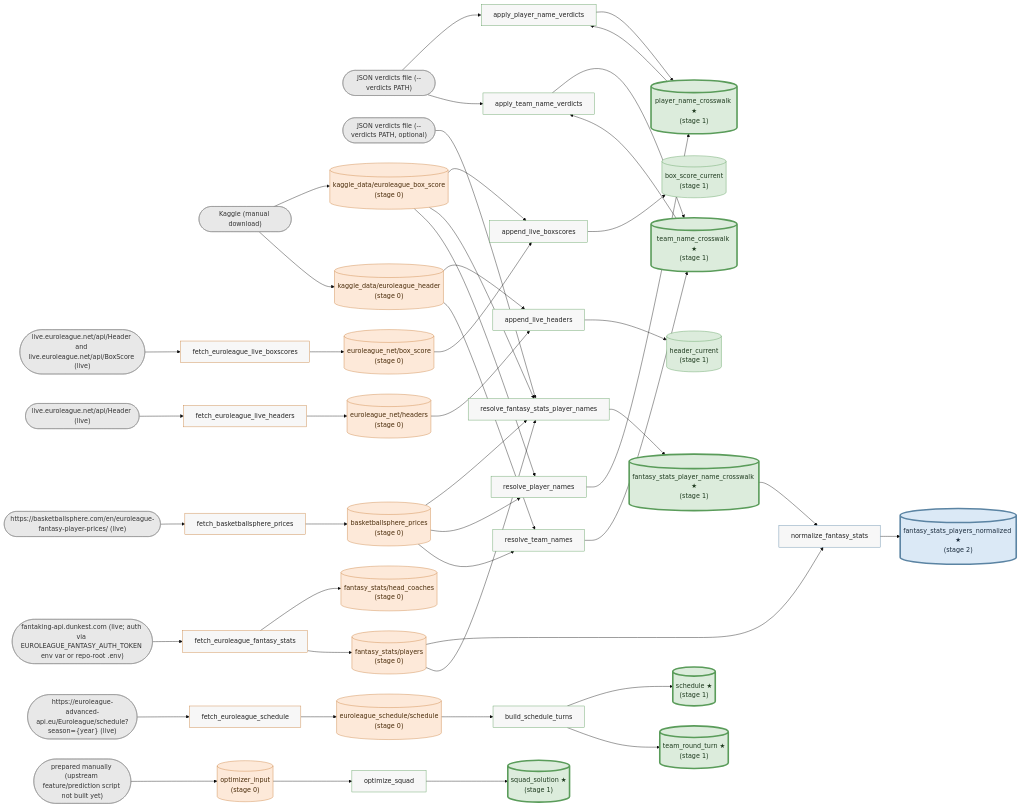
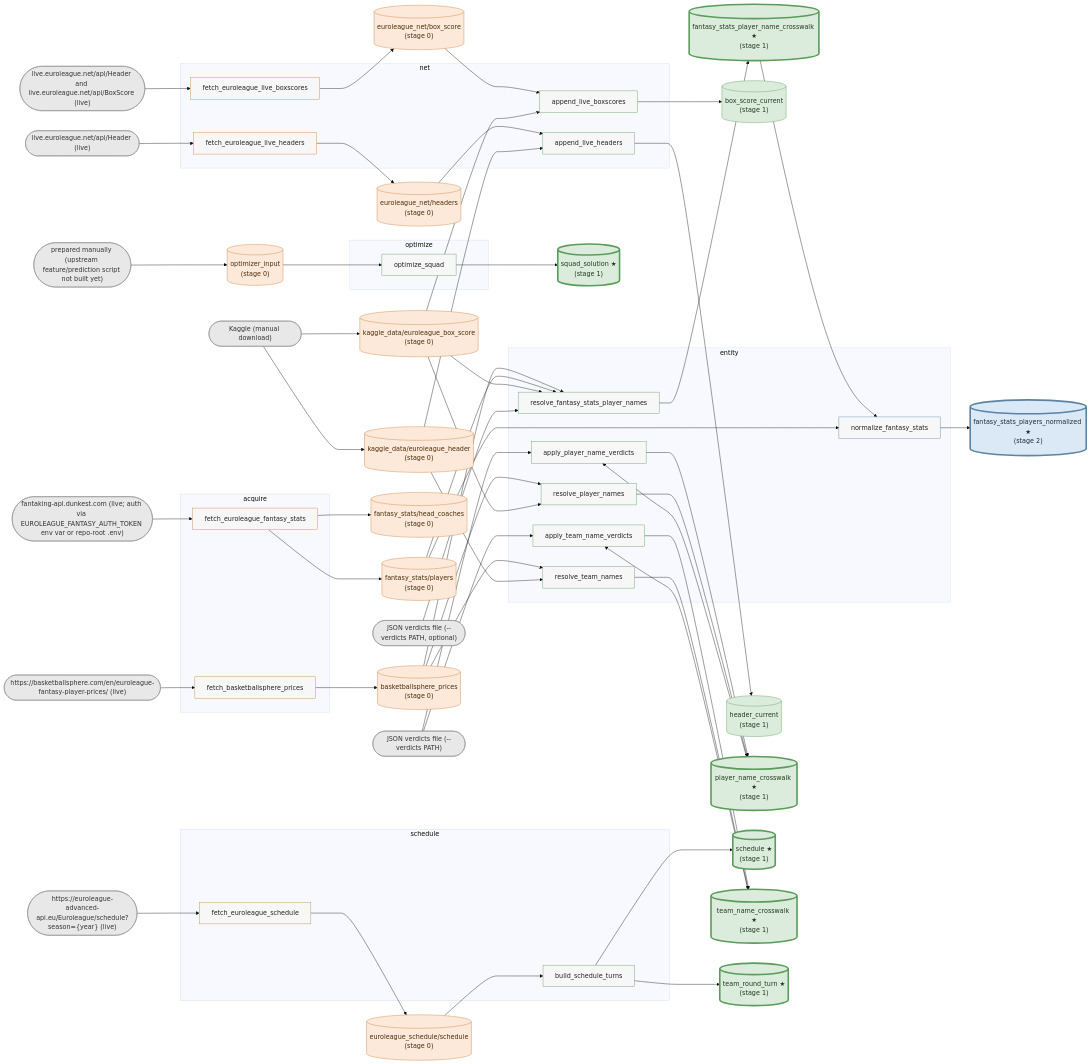
One commit to Takfes/indie-euroleague changed the diagram in docs/data-graph.md. Above: the diagram before and after it, drawn with Mermaid (base theme). The commit also changed other lines of this file and 13 other files, not shown here.

```diff
--- a/docs/data-graph.md
+++ b/docs/data-graph.md
@@ -18,21 +18,31 @@
     x_prepared_manually__upstream_feature_prediction_script_not_built_yet_(["prepared manually (upstream feature/prediction script not built yet)"])
 
     %% scripts
-    s_append_live_boxscores["append_live_boxscores"]
-    s_append_live_headers["append_live_headers"]
-    s_apply_player_name_verdicts["apply_player_name_verdicts"]
-    s_apply_team_name_verdicts["apply_team_name_verdicts"]
-    s_build_schedule_turns["build_schedule_turns"]
-    s_fetch_basketballsphere_prices["fetch_basketballsphere_prices"]
-    s_fetch_euroleague_fantasy_stats["fetch_euroleague_fantasy_stats"]
-    s_fetch_euroleague_live_boxscores["fetch_euroleague_live_boxscores"]
-    s_fetch_euroleague_live_headers["fetch_euroleague_live_headers"]
-    s_fetch_euroleague_schedule["fetch_euroleague_schedule"]
-    s_normalize_fantasy_stats["normalize_fantasy_stats"]
-    s_optimize_squad["optimize_squad"]
-    s_resolve_fantasy_stats_player_names["resolve_fantasy_stats_player_names"]
-    s_resolve_player_names["resolve_player_names"]
-    s_resolve_team_names["resolve_team_names"]
+    subgraph p_acquire["acquire"]
+        s_fetch_basketballsphere_prices["fetch_basketballsphere_prices"]
+        s_fetch_euroleague_fantasy_stats["fetch_euroleague_fantasy_stats"]
+    end
+    subgraph p_entity["entity"]
+        s_apply_player_name_verdicts["apply_player_name_verdicts"]
+        s_apply_team_name_verdicts["apply_team_name_verdicts"]
+        s_normalize_fantasy_stats["normalize_fantasy_stats"]
+        s_resolve_fantasy_stats_player_names["resolve_fantasy_stats_player_names"]
+        s_resolve_player_names["resolve_player_names"]
+        s_resolve_team_names["resolve_team_names"]
+    end
+    subgraph p_net["net"]
+        s_append_live_boxscores["append_live_boxscores"]
+        s_append_live_headers["append_live_headers"]
+        s_fetch_euroleague_live_boxscores["fetch_euroleague_live_boxscores"]
+        s_fetch_euroleague_live_headers["fetch_euroleague_live_headers"]
+    end
+    subgraph p_optimize["optimize"]
+        s_optimize_squad["optimize_squad"]
+    end
+    subgraph p_schedule["schedule"]
+        s_build_schedule_turns["build_schedule_turns"]
+        s_fetch_euroleague_schedule["fetch_euroleague_schedule"]
+    end
 
     %% datasets
     d_basketballsphere_prices[("basketballsphere_prices<br/>(stage 0)")]
```
